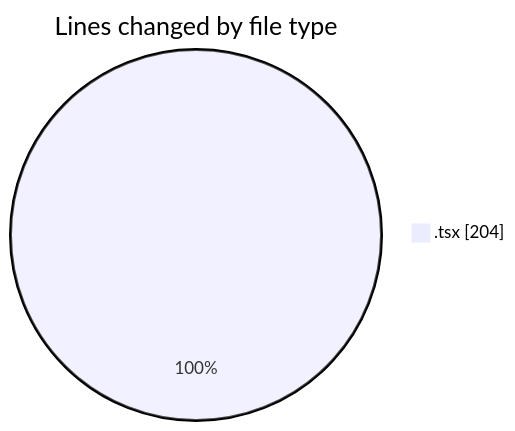
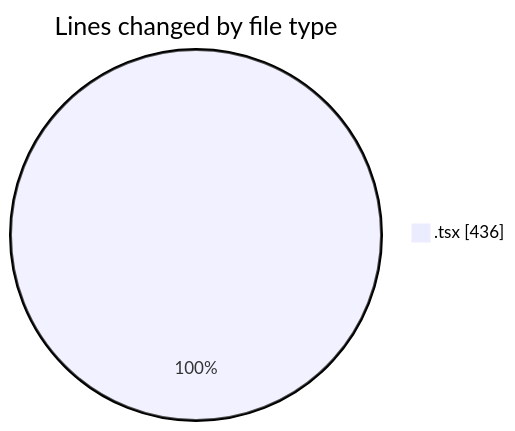
One commit to nxtqubesakshisongat/code-tracking changed the first of 2 diagrams in 2026-08-10/nxtqube_webapp/README.md. Above: the diagram before and after it, drawn with Mermaid. The commit also changed other lines of this file and 1 other file, not shown here.

````diff
--- a/2026-08-10/nxtqube_webapp/README.md
+++ b/2026-08-10/nxtqube_webapp/README.md
@@ -20,5 +21,5 @@
 ```mermaid
 pie showData
 title Lines changed by file type
-".tsx" : 204
+".tsx" : 436
 ```
````
